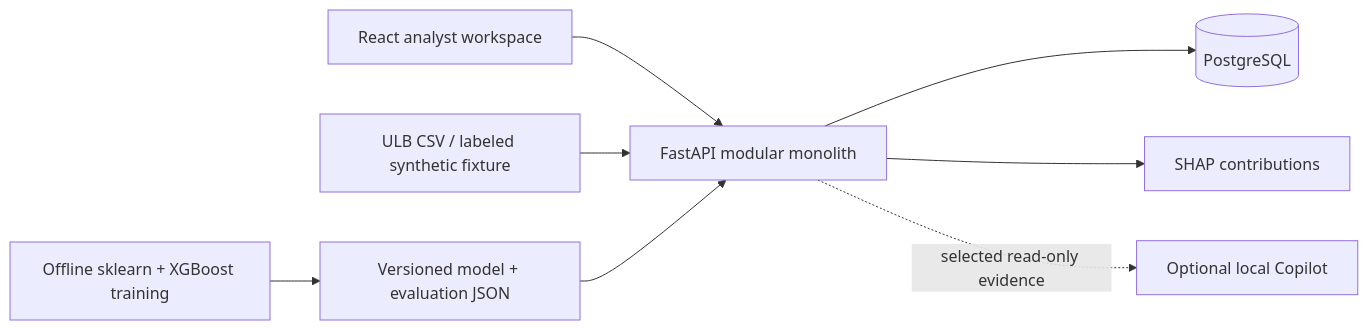
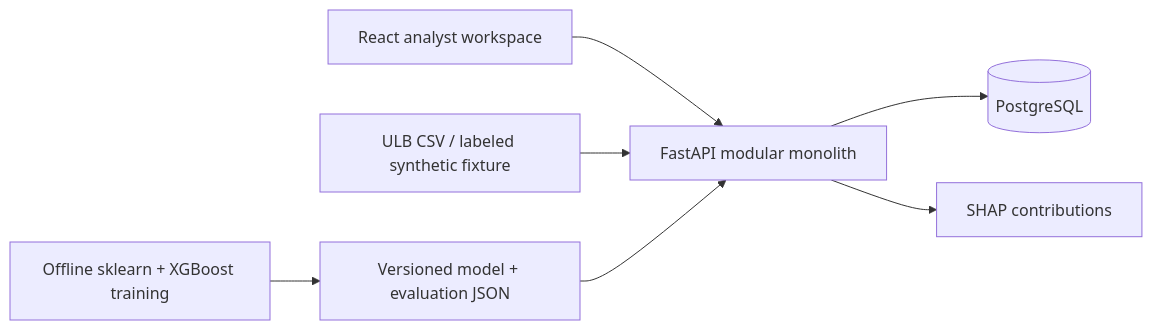
Before and after one commit to muratkareem/argus: the diagram in README.md, drawn with Mermaid. The commit also changed other lines of this file and 10 other files, not shown here.

````diff
--- a/README.md
+++ b/README.md
@@ -222,10 +215,9 @@
 ```mermaid
 flowchart LR
     Browser[React analyst workspace] --> API[FastAPI modular monolith]
     API --> SQL[(PostgreSQL)]
     CSV[ULB CSV / labeled synthetic fixture] --> API
     Training[Offline sklearn + XGBoost training] --> Artifacts[Versioned model + evaluation JSON]
     Artifacts --> API
     API --> SHAP[SHAP contributions]
-    API -. selected read-only evidence .-> Ollama[Optional local Copilot]
 ```
````
